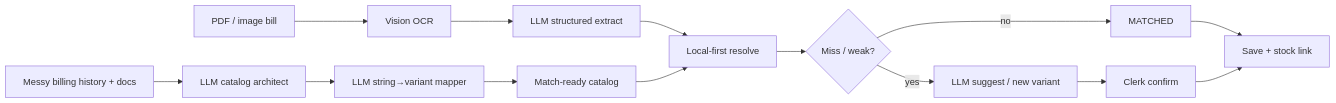
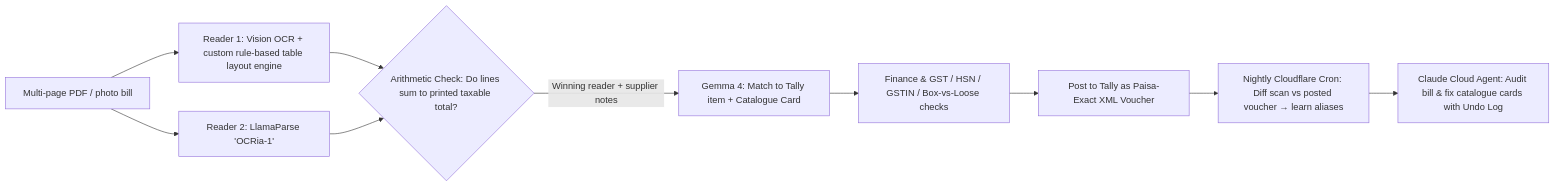
Before and after one commit to avinashbengaluru/ai-product-case-studies: the diagram in case-studies/01-smart-invoice-matching.md, drawn with Mermaid. The commit also changed other lines of this file and 3 other files, not shown here.

Commit message:
Update case studies for BillMiner: dual-reader OCR, Gemma 4 & Gemma 2B LoRA cost engineering, Rao & self-learning agents

````diff
--- a/case-studies/01-smart-invoice-matching.md
+++ b/case-studies/01-smart-invoice-matching.md
@@ -13,17 +24,12 @@
 ```mermaid
 flowchart LR
-  A[PDF / image bill] --> B[Vision OCR]
-  B --> C[LLM structured extract]
-  C --> D[Local-first resolve]
-  D --> E{Miss / weak?}
-  E -->|no| F[MATCHED]
-  E -->|yes| G[LLM suggest / new variant]
-  G --> H[Clerk confirm]
-  F --> I[Save + stock link]
-  H --> I
-
-  J[Messy billing history + docs] --> K[LLM catalog architect]
-  K --> L[LLM string→variant mapper]
-  L --> M[Match-ready catalog]
-  M --> D
+  A[Multi-page PDF / photo bill] --> B1[Reader 1: Vision OCR + custom rule-based table layout engine]
+  A --> B2[Reader 2: LlamaParse 'OCRia-1']
+  B1 --> C{Arithmetic Check: Do lines sum to printed taxable total?}
+  B2 --> C
+  C -->|Winning reader + supplier notes| D[Gemma 4: Match to Tally item + Catalogue Card]
+  D --> E[Finance & GST / HSN / GSTIN / Box-vs-Loose checks]
+  E --> F[Post to Tally as Paisa-Exact XML Voucher]
+  F --> G[Nightly Cloudflare Cron: Diff scan vs posted voucher → learn aliases]
+  G --> H[Claude Cloud Agent: Audit bill & fix catalogue cards with Undo Log]
 ```
````
